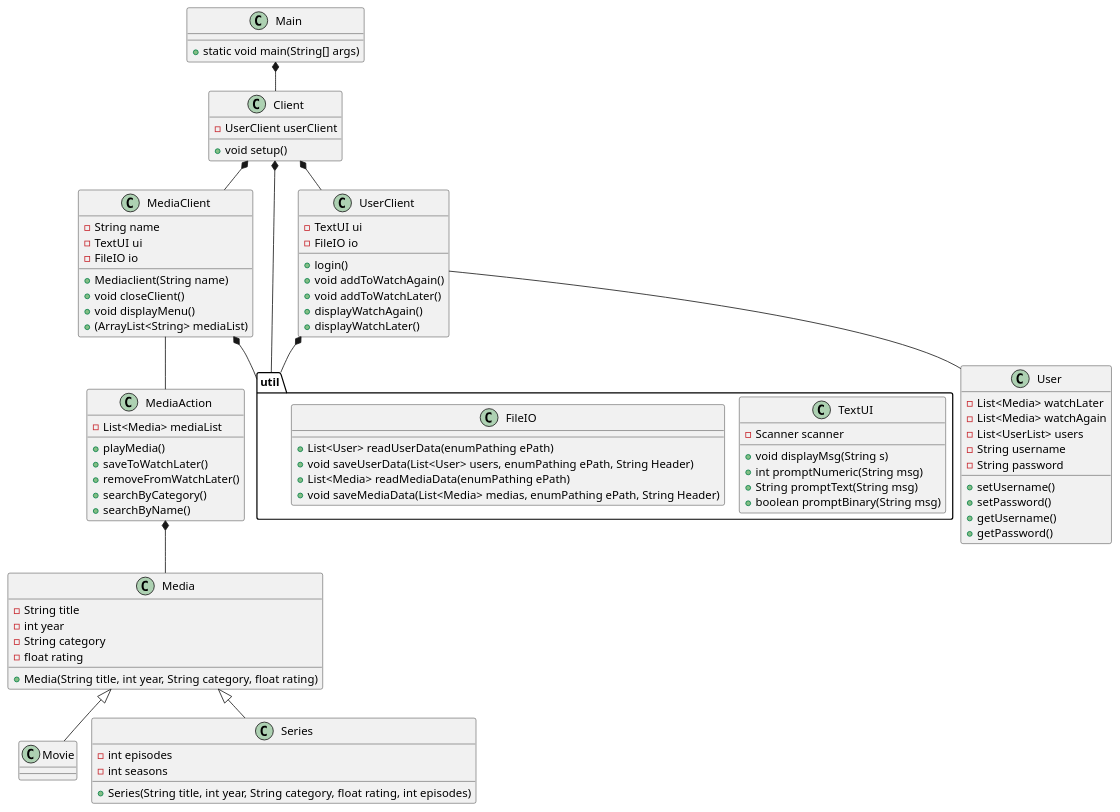
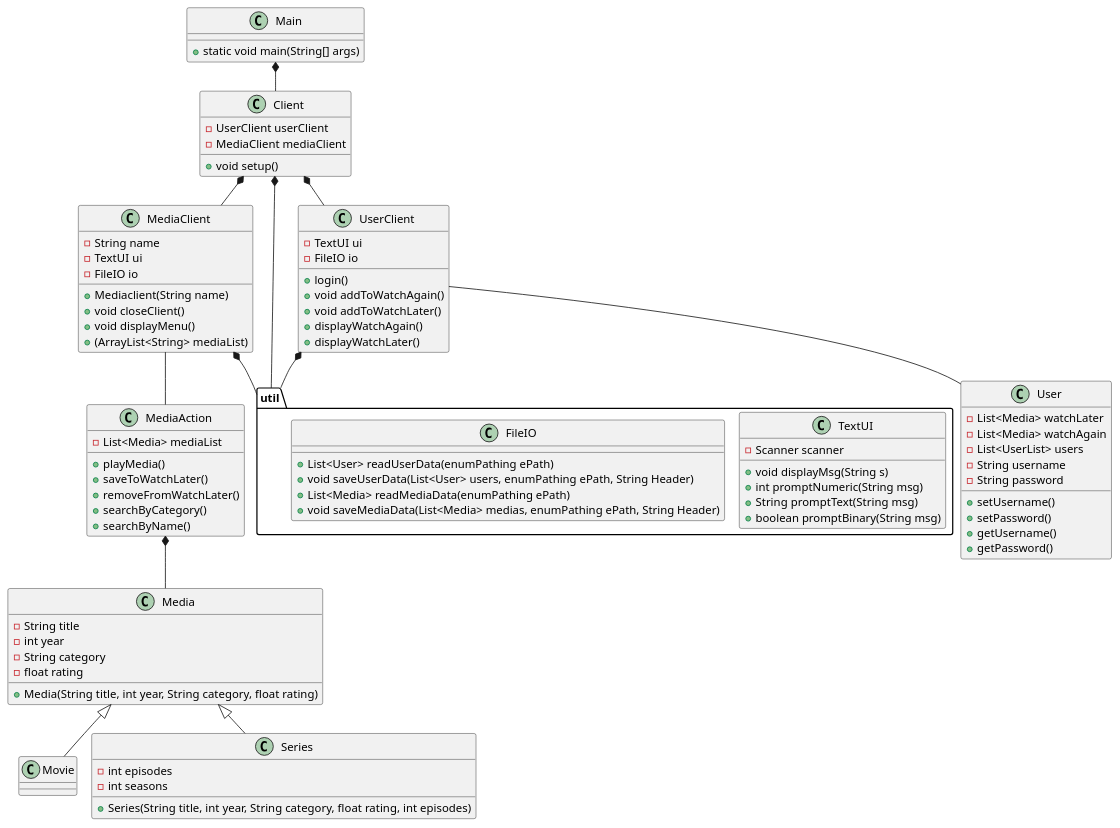
Before and after one commit to b-rino/SP3: the diagram in docs/classdiagram_v0.puml, drawn with PlantUML.

Commit message:
Log in updated

```diff
--- a/docs/classdiagram_v0.puml
+++ b/docs/classdiagram_v0.puml
@@ -1,105 +1,106 @@
 @startuml
 !pragma layout smetana
 
 class Main{
 + static void main(String[] args)
 }
 
 class Client{
 -UserClient userClient
+-MediaClient mediaClient
 +void setup()
 }
 
 class Media{
 - String title
 - int year
 - String category
 - float rating
 +Media(String title, int year, String category, float rating)
 
 }
 
 class MediaClient{
 -String name
 -TextUI ui
 -FileIO io
 +Mediaclient(String name)
 +void closeClient()
 +void displayMenu()
 +(ArrayList<String> mediaList)
 
 }
 class MediaAction{
 -List<Media> mediaList
 +playMedia()
 +saveToWatchLater()
 +removeFromWatchLater()
 +searchByCategory()
 +searchByName()
 }
 
 class User{
 -List<Media> watchLater
 -List<Media> watchAgain
 -List<UserList> users
 -String username
 -String password
 +setUsername()
 +setPassword()
 +getUsername()
 +getPassword()
 }
 
 
 class Movie{
 }
 
 class Series{
 - int episodes
 - int seasons
 +Series(String title, int year, String category, float rating, int episodes)
 }
 
 
 class UserClient{
 -TextUI ui
 -FileIO io
 '+createUser() en del af login
 +login()
 +void addToWatchAgain()
 +void addToWatchLater()
 +displayWatchAgain()
 +displayWatchLater()
 }
 
 
 package "util" {
 class TextUI{
 - Scanner scanner
 
 +void displayMsg(String s)
 +int promptNumeric(String msg)
 +String promptText(String msg)
 +boolean promptBinary(String msg)
 }
 class FileIO{
 +List<User> readUserData(enumPathing ePath)
 +void saveUserData(List<User> users, enumPathing ePath, String Header)
 +List<Media> readMediaData(enumPathing ePath)
 +void saveMediaData(List<Media> medias, enumPathing ePath, String Header)
 }
 }
 
 MediaAction *-- Media
 Media<|--Series
 Media <|-- Movie
 Client *-- MediaClient
 MediaClient *-- "util"
 MediaClient -- MediaAction
 Client *-- UserClient
 UserClient -- User
 UserClient *--"util"
 Main *-- Client
 Client *-- "util"
 
 @enduml
```
